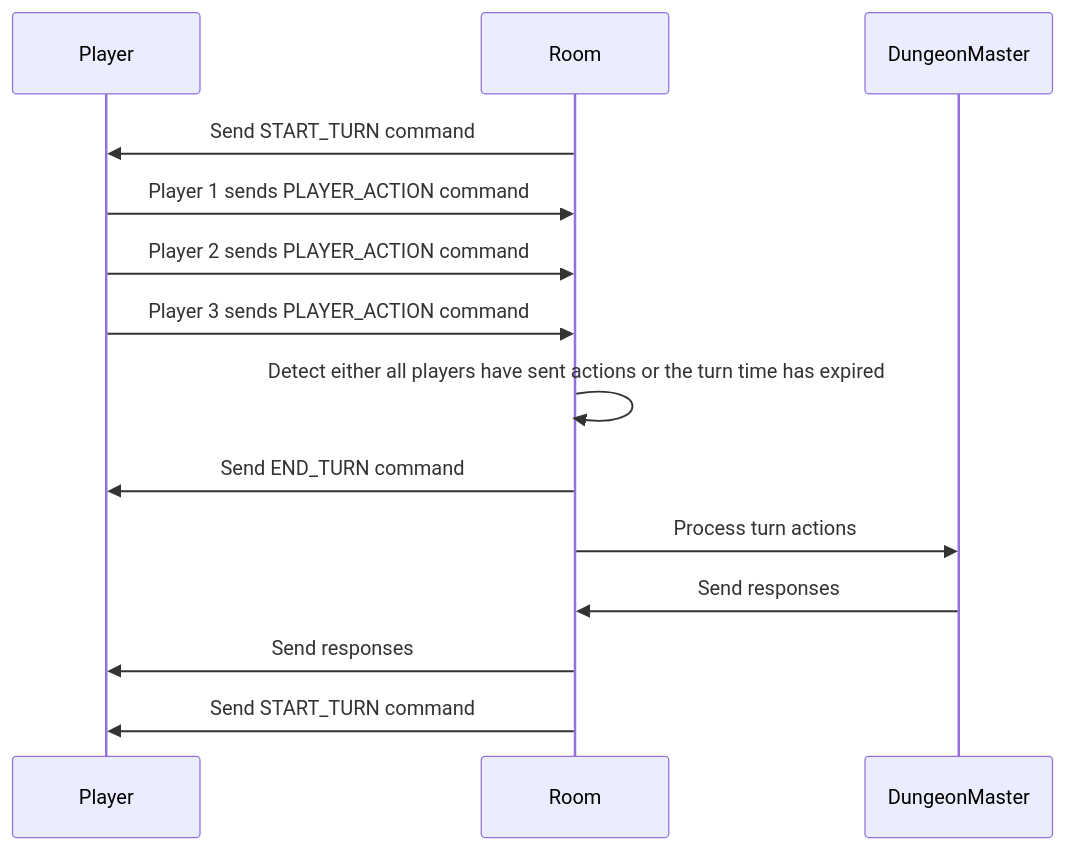
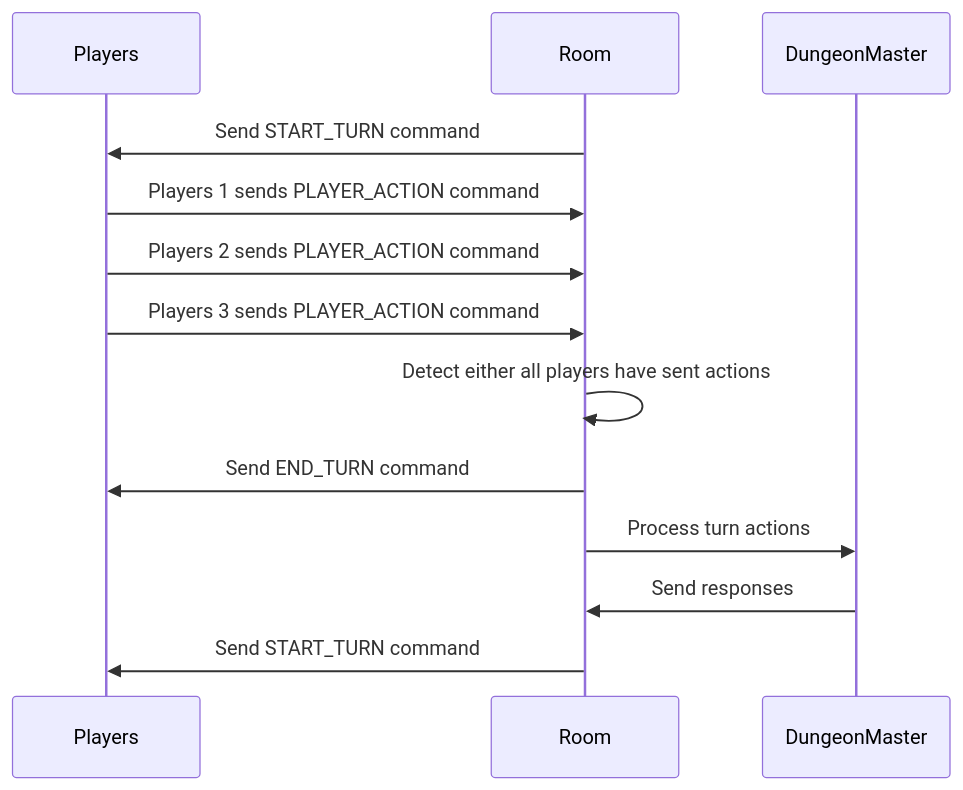
Before and after one commit to ryanntannn/dicerealm: the diagram in docs/dialogue-turn.md, drawn with Mermaid. The commit also changed 11 other files, not shown here.

Commit message:
feat: add action result detail to end turn command

````diff
--- a/docs/dialogue-turn.md
+++ b/docs/dialogue-turn.md
@@ -11,18 +11,17 @@
 ```mermaid
 
 sequenceDiagram
-		participant Player
+		participant Players
 		participant Room
 
-		Room->>Player: Send START_TURN command
-		Player->>Room: Player 1 sends PLAYER_ACTION command
-		Player->>Room: Player 2 sends PLAYER_ACTION command
-		Player->>Room: Player 3 sends PLAYER_ACTION command
-		Room->>Room: Detect either all players have sent actions or the turn time has expired
-		Room->>Player: Send END_TURN command
+		Room->>Players: Send START_TURN command
+		Players->>Room: Players 1 sends PLAYER_ACTION command
+		Players->>Room: Players 2 sends PLAYER_ACTION command
+		Players->>Room: Players 3 sends PLAYER_ACTION command
+		Room->>Room: Detect either all players have sent actions
+		Room->>Players: Send END_TURN command
 		Room->>DungeonMaster: Process turn actions
 		DungeonMaster->>Room: Send responses
-		Room->>Player: Send responses
-		Room->>Player: Send START_TURN command
+		Room->>Players: Send START_TURN command
 
 ```
````
